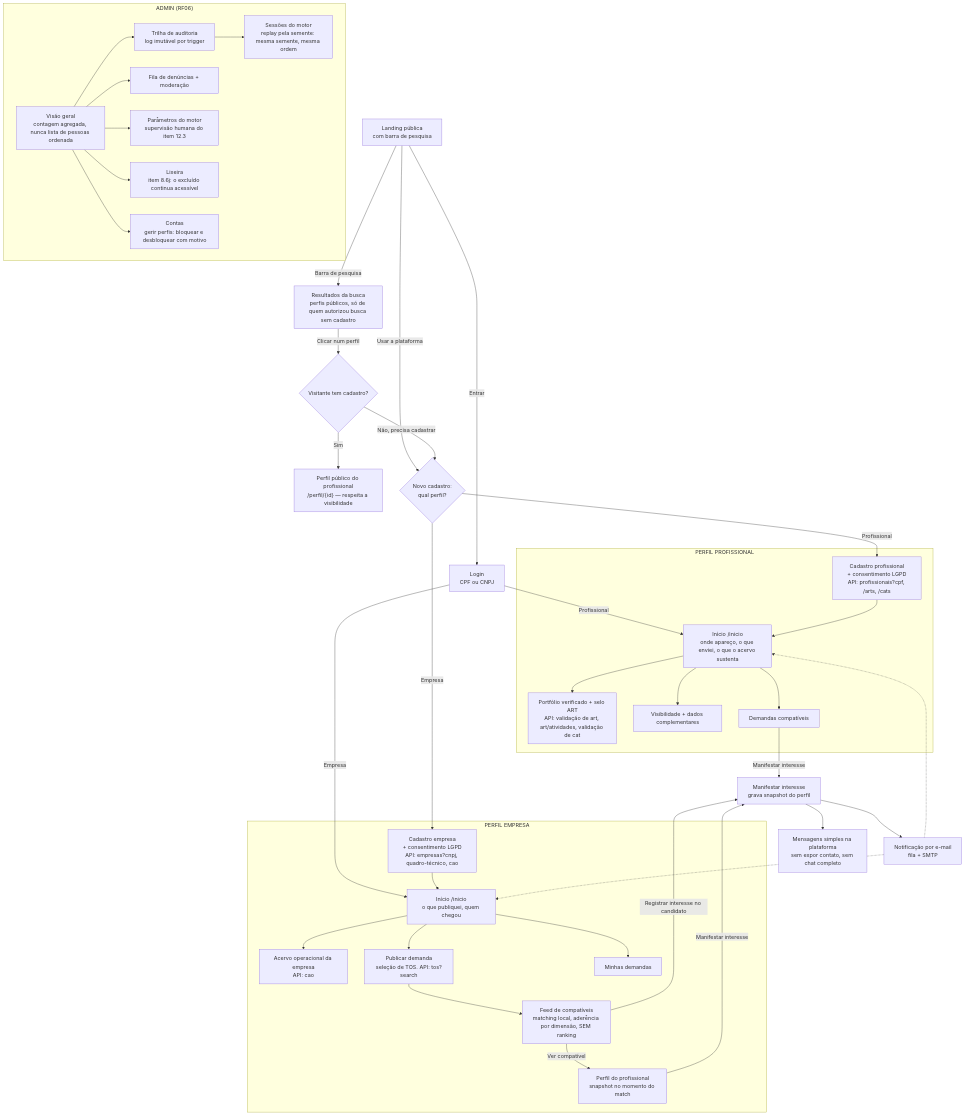
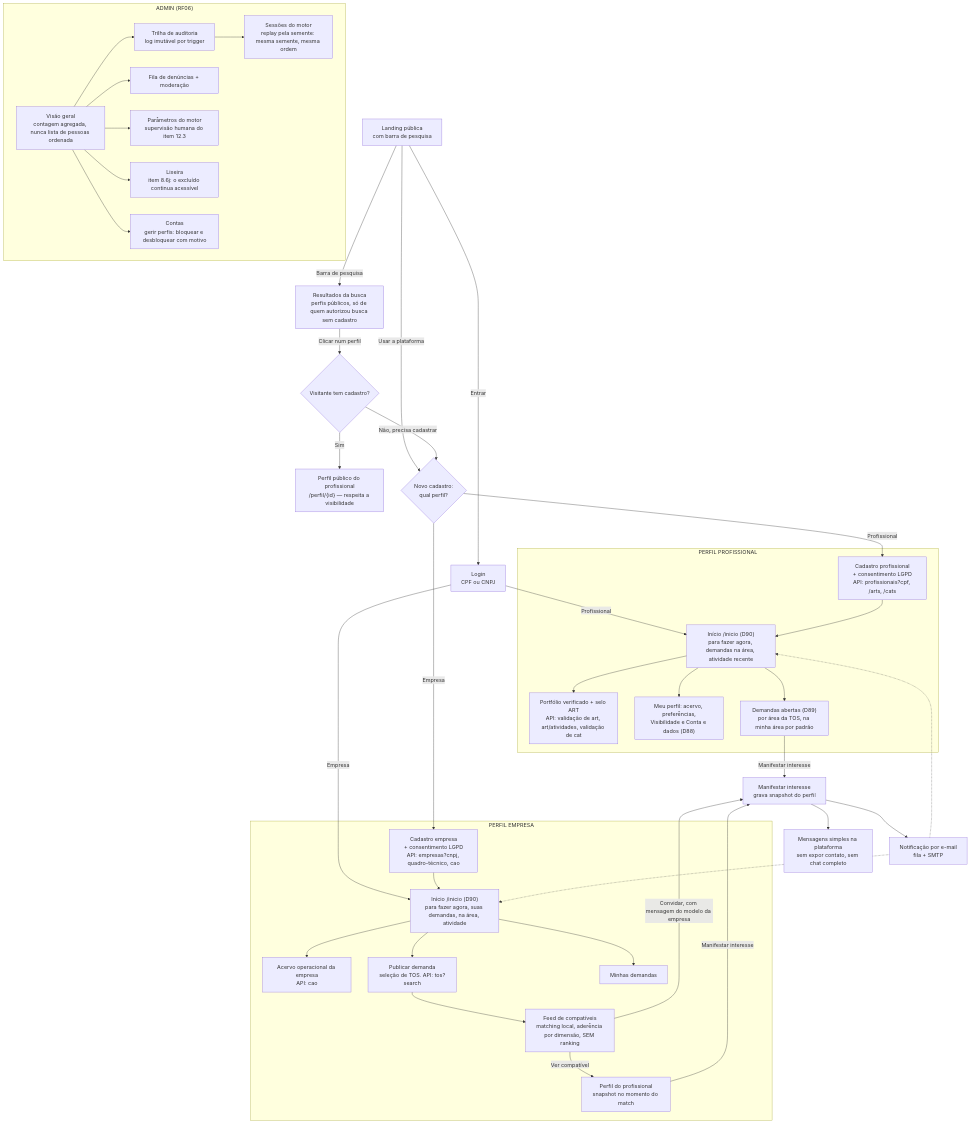
The diagram in docs/fluxos.md (gabrielcortezspr/Pro-link-4951), drawn with Mermaid before and after one commit. The commit also changed 45 other files, not shown here.

First line of the commit message:
Convite com mensagem, conta dentro do perfil, vitrine pela TOS e um Início que pede ação (D88-D90)

````diff
--- a/docs/fluxos.md
+++ b/docs/fluxos.md
@@ -9,76 +9,76 @@
 ```mermaid
 flowchart TD
   LAND["Landing pública<br/>com barra de pesquisa"]
   RESULTS["Resultados da busca<br/>perfis públicos, só de quem autorizou busca sem cadastro"]
   GATEC{"Visitante tem cadastro?"}
   PERFC["Perfil público do profissional<br/>/perfil/{id} — respeita a visibilidade"]
   LOGIN["Login<br/>CPF ou CNPJ"]
   ESC{"Novo cadastro:<br/>qual perfil?"}
 
   LAND -->|Entrar| LOGIN
   LAND -->|Usar a plataforma| ESC
   LAND -->|Barra de pesquisa| RESULTS
   RESULTS -->|Clicar num perfil| GATEC
   GATEC -->|Sim| PERFC
   GATEC -->|Não, precisa cadastrar| ESC
   LOGIN -->|Profissional| DASHP
   LOGIN -->|Empresa| DASHE
   ESC -->|Profissional| CADP
   ESC -->|Empresa| CADE
 
   subgraph PROF["PERFIL PROFISSIONAL"]
     CADP["Cadastro profissional<br/>+ consentimento LGPD<br/>API: profissionais?cpf, /arts, /cats"]
-    DASHP["Início /inicio<br/>onde apareço, o que enviei, o que o acervo sustenta"]
+    DASHP["Início /inicio (D90)<br/>para fazer agora, demandas na área, atividade recente"]
     PORT["Portfólio verificado + selo ART<br/>API: validação de art, art/atividades, validação de cat"]
-    VISP["Visibilidade + dados complementares"]
-    FEEDP["Demandas compatíveis"]
+    VISP["Meu perfil: acervo, preferências,<br/>Visibilidade e Conta e dados (D88)"]
+    FEEDP["Demandas abertas (D89)<br/>por área da TOS, na minha área por padrão"]
     CADP --> DASHP
     DASHP --> PORT
     DASHP --> VISP
     DASHP --> FEEDP
   end
 
   subgraph EMP["PERFIL EMPRESA"]
     CADE["Cadastro empresa<br/>+ consentimento LGPD<br/>API: empresas?cnpj, quadro-técnico, cao"]
-    DASHE["Início /inicio<br/>o que publiquei, quem chegou"]
+    DASHE["Início /inicio (D90)<br/>para fazer agora, suas demandas, na área, atividade"]
     PERFE["Acervo operacional da empresa<br/>API: cao"]
     PUBD["Publicar demanda<br/>seleção de TOS. API: tos?search"]
     MIND["Minhas demandas"]
     FEEDE["Feed de compatíveis<br/>matching local, aderência por dimensão, SEM ranking"]
     PERFV["Perfil do profissional<br/>snapshot no momento do match"]
     CADE --> DASHE
     DASHE --> PERFE
     DASHE --> PUBD
     DASHE --> MIND
     PUBD --> FEEDE
     FEEDE -->|Ver compatível| PERFV
   end
 
   FEEDP -->|Manifestar interesse| MANIF
   PERFV -->|Manifestar interesse| MANIF
-  FEEDE -->|Registrar interesse no candidato| MANIF
+  FEEDE -->|Convidar, com mensagem do modelo da empresa| MANIF
 
   MANIF["Manifestar interesse<br/>grava snapshot do perfil"]
   COMM["Mensagens simples na plataforma<br/>sem expor contato, sem chat completo"]
   NOTIF["Notificação por e-mail<br/>fila + SMTP"]
   MANIF --> COMM
   MANIF --> NOTIF
   NOTIF -.-> DASHP
   NOTIF -.-> DASHE
 
   subgraph ADMG["ADMIN (RF06)"]
     ADM["Visão geral<br/>contagem agregada, nunca lista de pessoas ordenada"]
     AUD["Trilha de auditoria<br/>log imutável por trigger"]
     SESS["Sessões do motor<br/>replay pela semente: mesma semente, mesma ordem"]
     DEN["Fila de denúncias + moderação"]
     PARAM["Parâmetros do motor<br/>supervisão humana do item 12.3"]
     LIX["Lixeira<br/>item 8.6j: o excluído continua acessível"]
     CONTAS["Contas<br/>gerir perfis: bloquear e desbloquear com motivo"]
     ADM --> AUD
     AUD --> SESS
     ADM --> DEN
     ADM --> PARAM
     ADM --> LIX
     ADM --> CONTAS
   end
 ```
````
